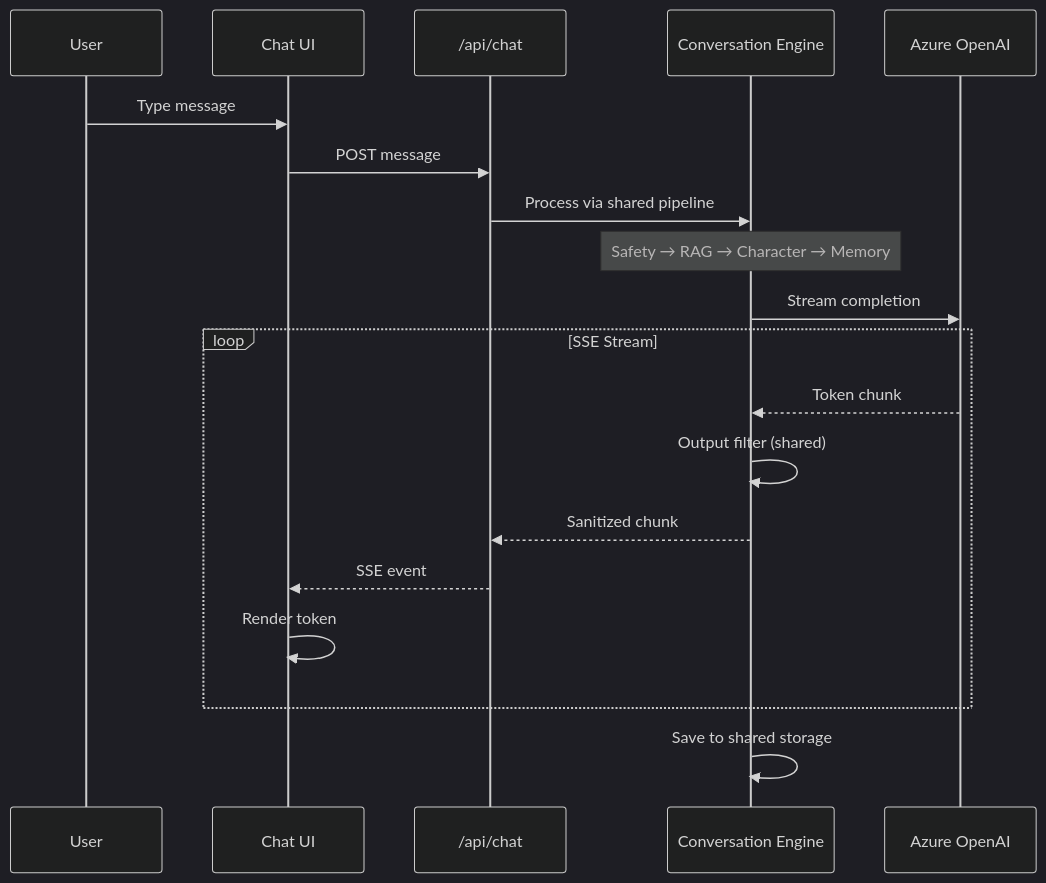
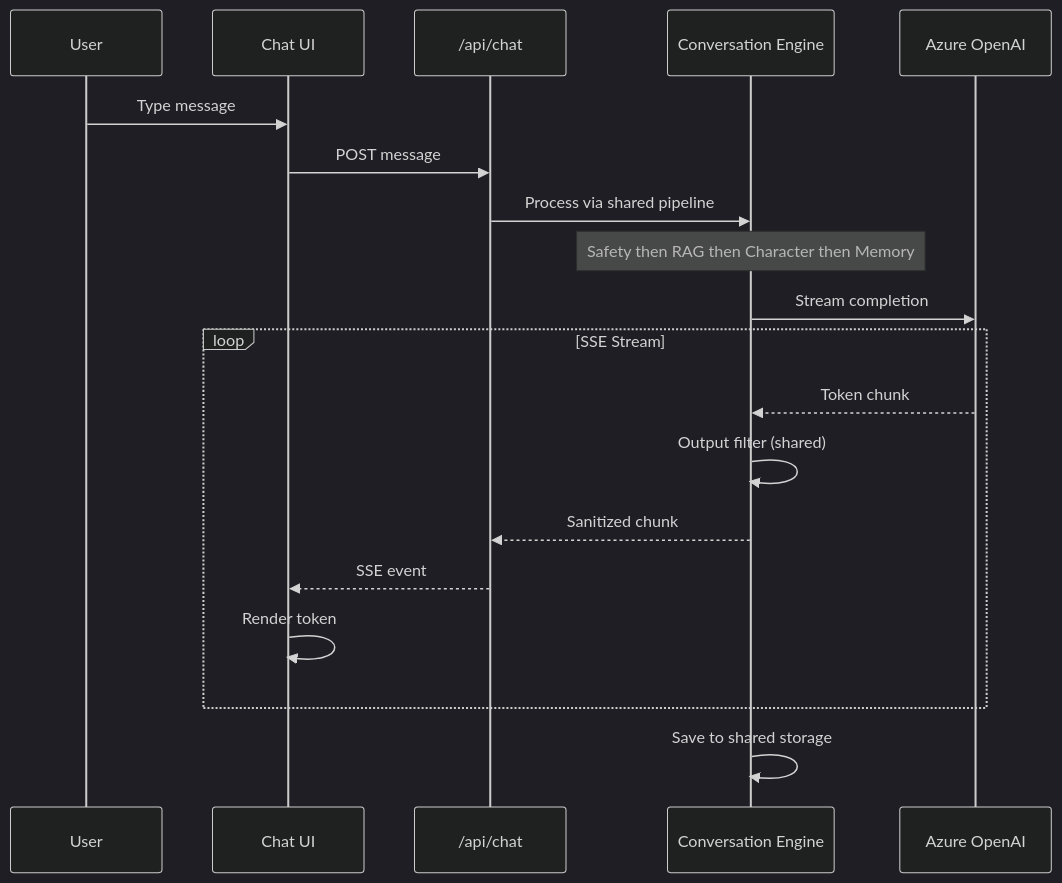
Before and after one commit to FightTheStroke/MirrorBuddy: diagram 11 of 50 in ARCHITECTURE-DIAGRAMS.md, drawn with Mermaid (dark theme). The commit also changed other lines of this file, not shown here.

First line of the commit message:
docs(arch): rewrite diagrams in English, rename Maestri to Professors

````diff
--- a/ARCHITECTURE-DIAGRAMS.md
+++ b/ARCHITECTURE-DIAGRAMS.md
@@ -504,26 +503,26 @@
 ```mermaid
 sequenceDiagram
     participant U as User
     participant UI as Chat UI
     participant API as /api/chat
     participant Engine as Conversation Engine
     participant AI as Azure OpenAI
 
     U->>UI: Type message
     UI->>API: POST message
 
     API->>Engine: Process via shared pipeline
-    Note over Engine: Safety → RAG → Character → Memory
+    Note over Engine: Safety then RAG then Character then Memory
 
     Engine->>AI: Stream completion
 
     loop SSE Stream
         AI-->>Engine: Token chunk
         Engine->>Engine: Output filter (shared)
         Engine-->>API: Sanitized chunk
         API-->>UI: SSE event
         UI->>UI: Render token
     end
 
     Engine->>Engine: Save to shared storage
 ```
````
